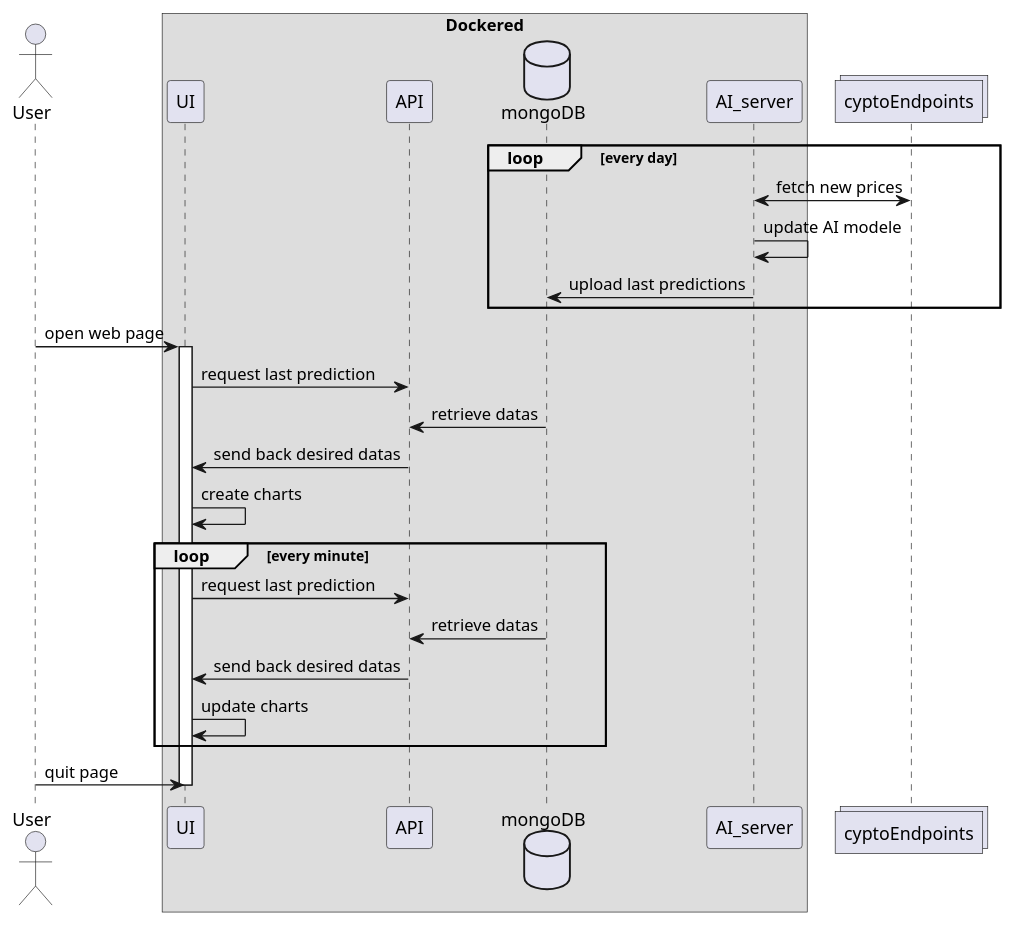
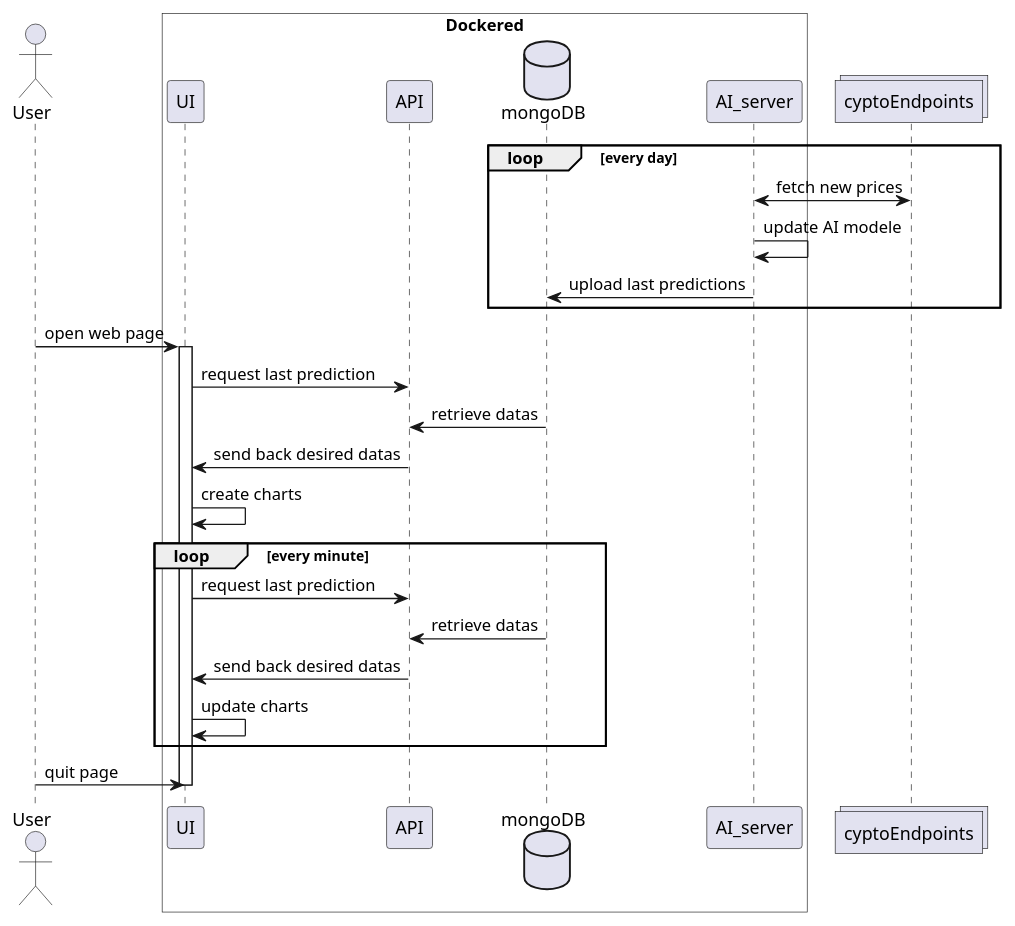
Before and after one commit to JeremYnov/Crypto-Forecast: the diagram in documentation/general_sequence-diagram.pu, drawn with PlantUML. The commit also changed 1 other file, not shown here.

Commit message:
[edit] diagram box color

```diff
--- a/documentation/general_sequence-diagram.pu
+++ b/documentation/general_sequence-diagram.pu
@@ -1,33 +1,33 @@
 @startuml general_sequence-diagram
 actor       User           as u
-box "Dockered"
+box "Dockered" #White
 participant UI             as ui
 participant API            as api
 database    mongoDB        as db
 participant AI_server      as ai
 end box
 collections cyptoEndpoints as ce
 
 loop every day
     ai <-> ce: fetch new prices
     ai -> ai: update AI modele
     ai -> db: upload last predictions
 end
 
 u -> ui: open web page
 activate ui
 ui -> api: request last prediction
 api <- db: retrieve datas
 api -> ui: send back desired datas
 ui -> ui: create charts
 
 loop every minute
     ui -> api: request last prediction
     api <- db: retrieve datas
     api -> ui: send back desired datas
     ui -> ui: update charts
 end
 
 u -> ui: quit page
 deactivate ui
 @enduml
```
